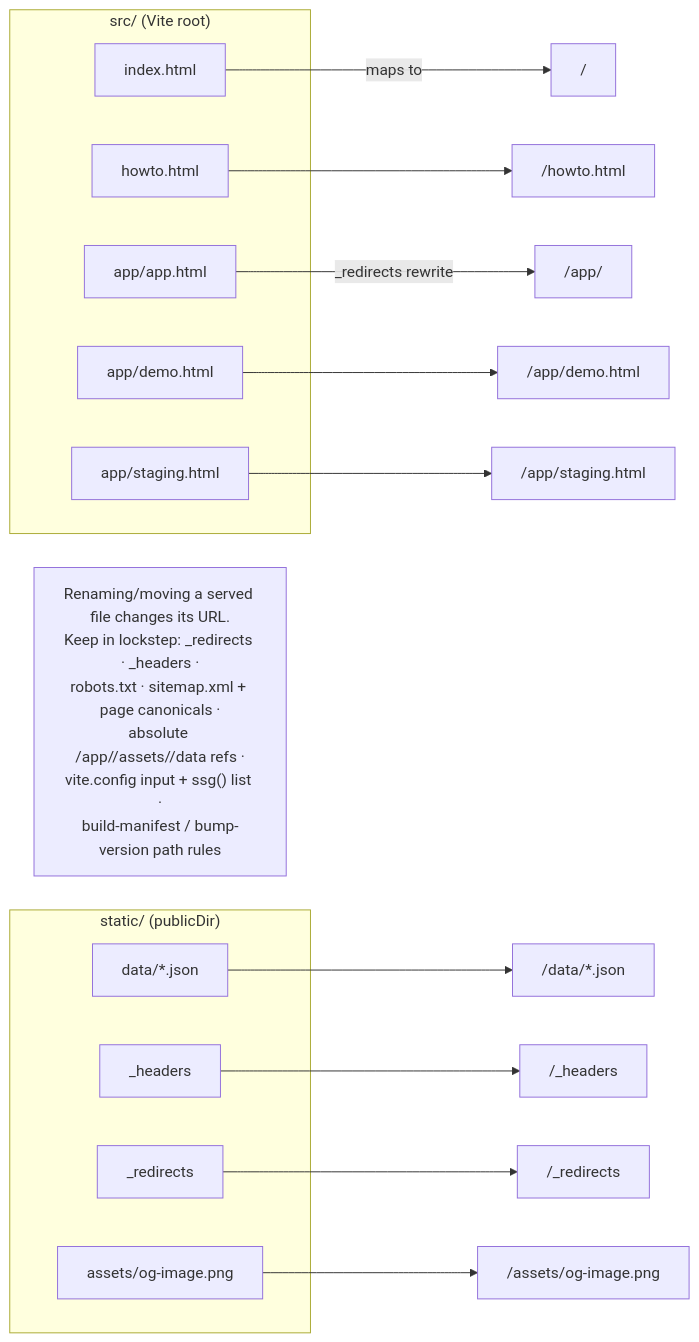
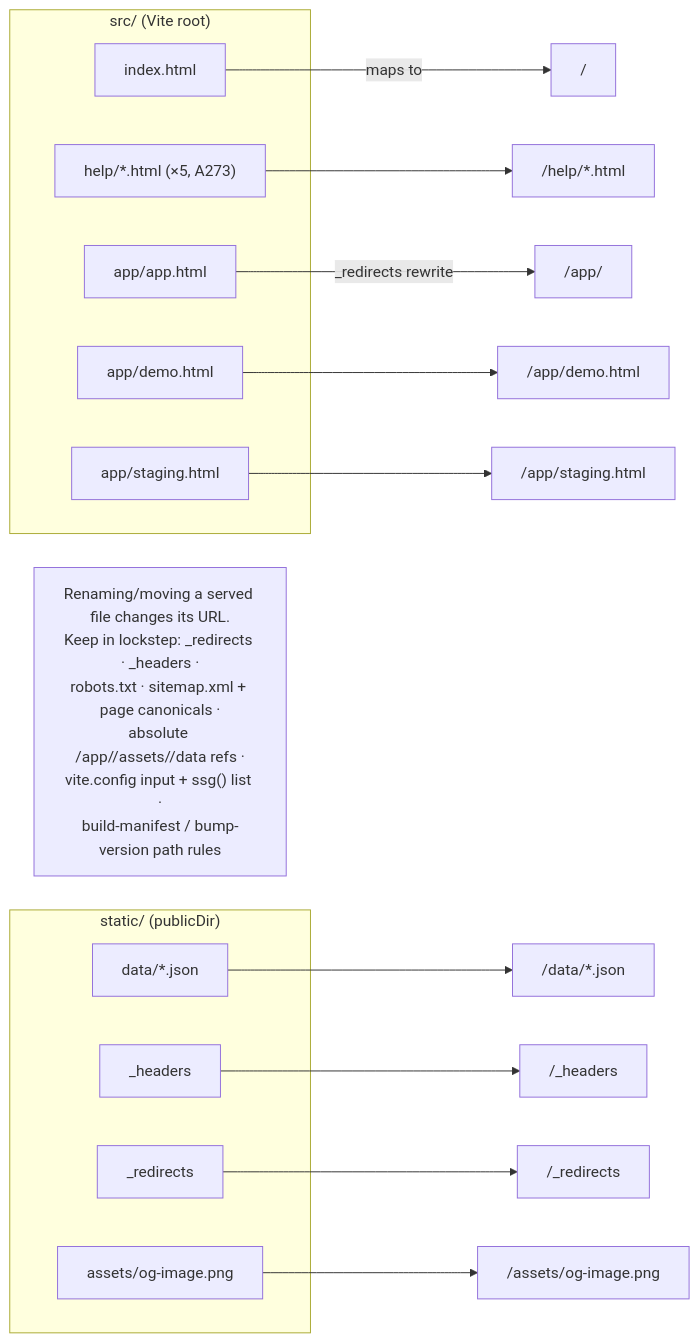
One commit to mitchGuthrieDev/blotterbook changed the diagram in docs/architecture-diagrams/repo-layout-url-contract.md. Above: the diagram before and after it, drawn with Mermaid. The commit also changed 53 other files, not shown here.

````diff
--- a/docs/architecture-diagrams/repo-layout-url-contract.md
+++ b/docs/architecture-diagrams/repo-layout-url-contract.md
@@ -11,28 +11,28 @@
 ```mermaid
 flowchart LR
     subgraph SRCTREE["src/ (Vite root)"]
         I["index.html"]
-        H["howto.html"]
+        H["help/*.html (×5, A273)"]
         AP["app/app.html"]
         DM["app/demo.html"]
         SG["app/staging.html"]
     end
     subgraph STATICTREE["static/ (publicDir)"]
         DAT["data/*.json"]
         HDR["_headers"]
         RED["_redirects"]
         OG["assets/og-image.png"]
     end
 
     I -->|"maps to"| U1["/"]
-    H --> U2["/howto.html"]
+    H --> U2["/help/*.html"]
     AP -->|"_redirects rewrite"| U3["/app/"]
     DM --> U4["/app/demo.html"]
     SG --> U5["/app/staging.html"]
     DAT --> U6["/data/*.json"]
     HDR --> U7["/_headers"]
     RED --> U8["/_redirects"]
     OG --> U9["/assets/og-image.png"]
 
     LOCKSTEP["Renaming/moving a served file changes its URL.<br/>Keep in lockstep: _redirects · _headers ·<br/>robots.txt · sitemap.xml + page canonicals ·<br/>absolute /app//assets//data refs ·<br/>vite.config input + ssg() list ·<br/>build-manifest / bump-version path rules"]
 ```
````
